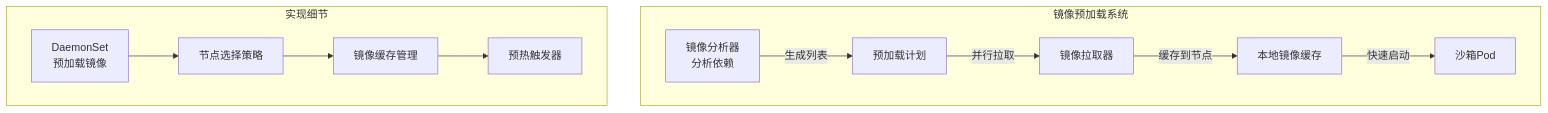
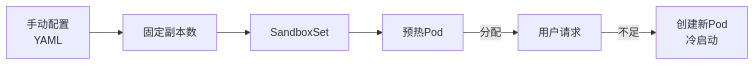
Before and after one commit to QJWang23/sandbox: the fifth of 20 diagrams in docs/superpowers/specs/2026-03-22-agent-sandbox-technical-roadmap.md, drawn with Mermaid. The commit also changed other lines of this file, not shown here.

First line of the commit message:
Update technical roadmap with production scenarios focus

````diff
--- a/docs/superpowers/specs/2026-03-22-agent-sandbox-technical-roadmap.md
+++ b/docs/superpowers/specs/2026-03-22-agent-sandbox-technical-roadmap.md
@@ -247,15 +177,9 @@
 ```mermaid
-graph TB
-    subgraph "镜像预加载系统"
-        A[镜像分析器<br/>分析依赖] -->|生成列表| B[预加载计划]
-        B -->|并行拉取| C[镜像拉取器]
-        C -->|缓存到节点| D[本地镜像缓存]
-        D -->|快速启动| E[沙箱Pod]
-    end
+graph LR
+    A[手动配置<br/>YAML] --> B[固定副本数]
+    B --> C[SandboxSet]
+    C --> D[预热Pod]
 
-    subgraph "实现细节"
-        F[DaemonSet<br/>预加载镜像] --> G[节点选择策略]
-        G --> H[镜像缓存管理]
-        H --> I[预热触发器]
-    end
+    D -->|分配| E[用户请求]
+    E -->|不足| F[创建新Pod<br/>冷启动]
 ```
````
